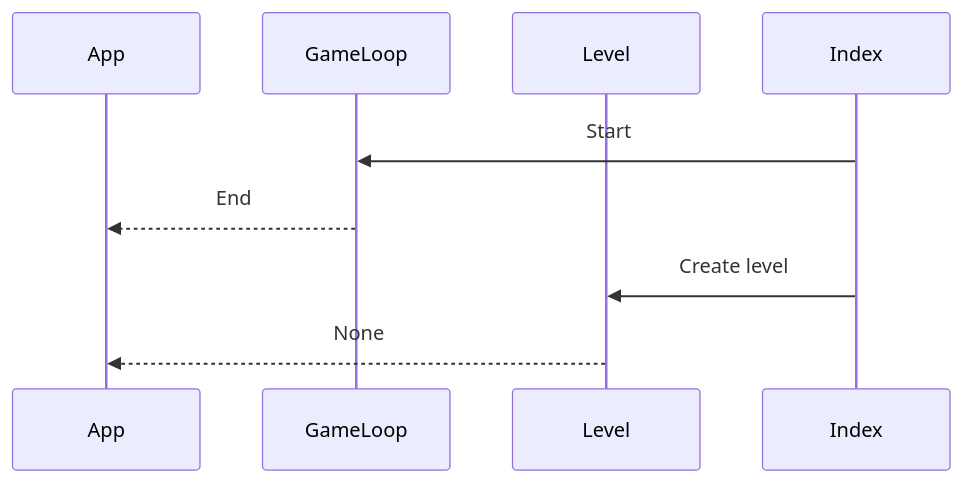
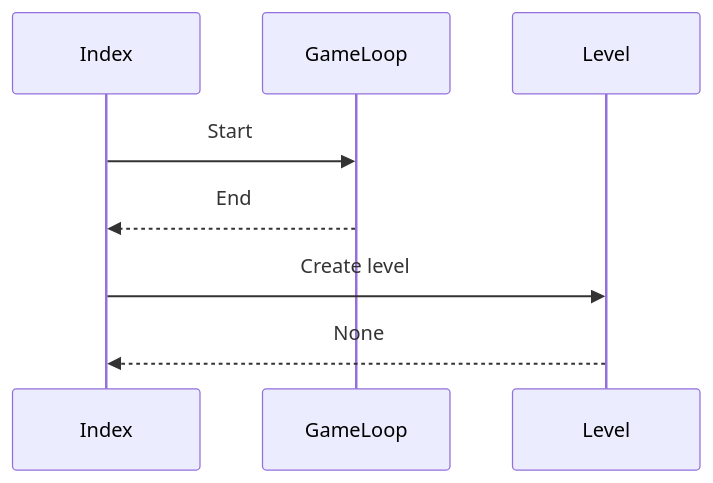
Before and after one commit to AapoTuulentie/ot-harjoitusty-: the second of 2 diagrams in dokumentaatio/arkkitehtuuri.md, drawn with Mermaid. The commit also changed other lines of this file, not shown here.

````diff
--- a/dokumentaatio/arkkitehtuuri.md
+++ b/dokumentaatio/arkkitehtuuri.md
@@ -44,12 +44,12 @@
 ```mermaid
     sequenceDiagram
         
-        participant App
+        participant Index
         participant GameLoop
         participant Level
         Index ->> GameLoop: Start
-        GameLoop -->> App: End
+        GameLoop -->> Index: End
         Index ->> Level: Create level
-        Level -->> App: None
+        Level -->> Index: None
         
 ```
````
